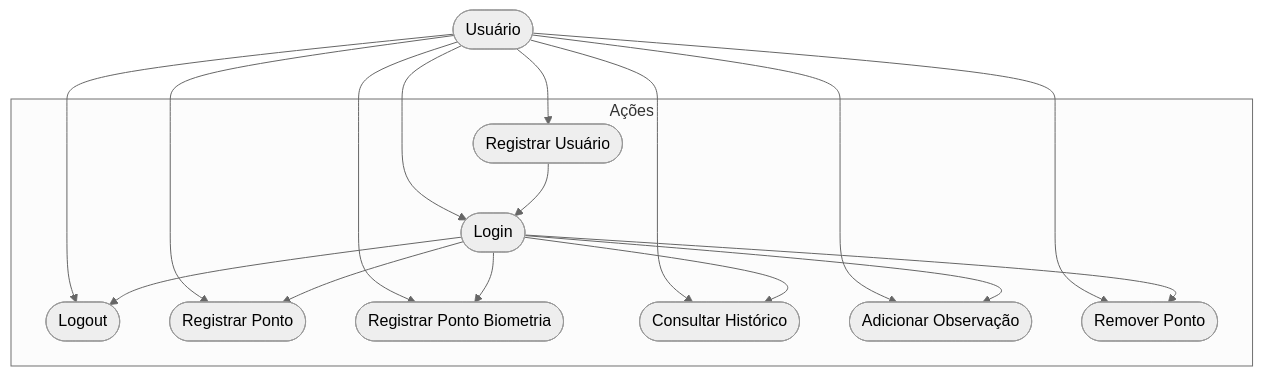
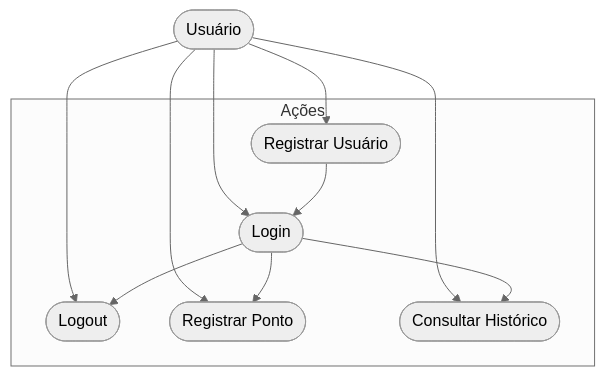
Before and after one commit to Miickkk/Mobile: the second of 3 diagrams in FireBase/somativa_rp/README.md, drawn with Mermaid (neutral theme). The commit also changed other lines of this file, not shown here.

````diff
--- a/FireBase/somativa_rp/README.md
+++ b/FireBase/somativa_rp/README.md
@@ -113,32 +108,23 @@
 ```mermaid
 graph TD
     subgraph "Ações"
         uc1([Registrar Usuário])
         uc2([Login])
         uc3([Logout])
         uc4([Registrar Ponto])
-        uc5([Registrar Ponto Biometria])
-        uc6([Consultar Histórico])
-        uc7([Adicionar Observação])
-        uc8([Remover Ponto])
+        uc5([Consultar Histórico])
     end
 
     user([Usuário])
 
     user --> uc1 
     user --> uc2 
     user --> uc3 
     user --> uc4 
     user --> uc5 
-    user --> uc6 
-    user --> uc7
-    user --> uc8
 
     uc1 --> uc2
     uc2 --> uc3
     uc2 --> uc4
     uc2 --> uc5
-    uc2 --> uc6
-    uc2 --> uc7
-    uc2 --> uc8
 ```
````
